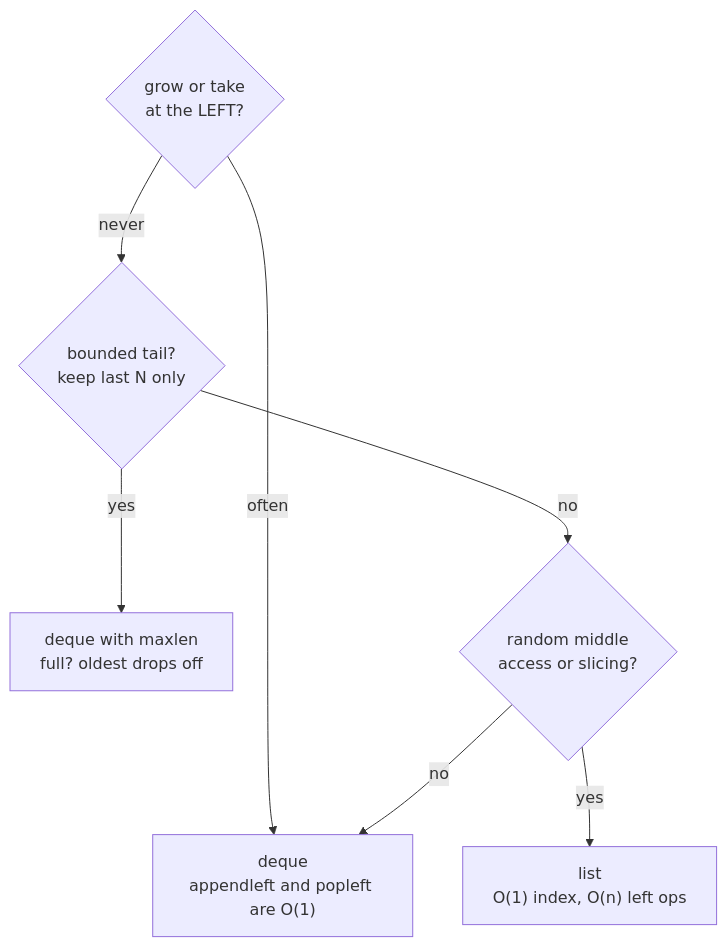
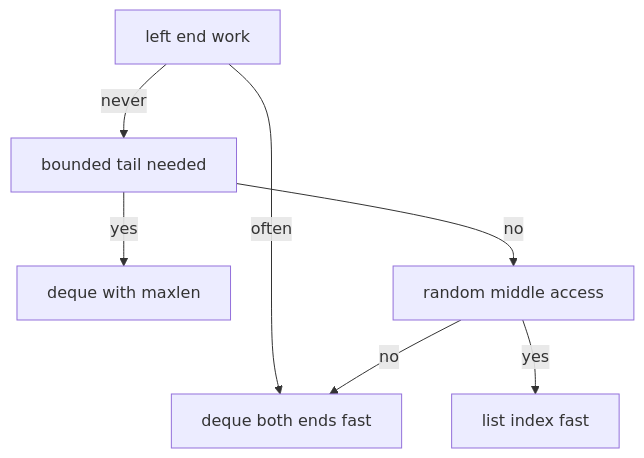
The fourth of 4 diagrams in docs/learning/13-collections.md (AslamNazeerShaikh/Python-Material), drawn with Mermaid before and after one commit. The commit also changed other lines of this file and 16 other files, not shown here.

Commit message:
docs(learning): rebuild all mermaid in safe subset

````diff
--- a/docs/learning/13-collections.md
+++ b/docs/learning/13-collections.md
@@ -521,15 +528,15 @@
 ```mermaid
 flowchart TD
-    Q1{"grow or take<br/>at the LEFT?"}
-    DQT["deque<br/>appendleft and popleft are O(1)"]
-    Q2{"bounded tail?<br/>keep last N only"}
-    MAXDQ["deque with maxlen<br/>full? oldest drops off"]
-    Q3{"random middle<br/>access or slicing?"}
-    LST["list<br/>O(1) index, O(n) left ops"]
-    Q1 -->|"often"| DQT
-    Q1 -->|"never"| Q2
-    Q2 -->|"yes"| MAXDQ
-    Q2 -->|"no"| Q3
-    Q3 -->|"yes"| LST
-    Q3 -->|"no"| DQT
+    Q1[left end work]
+    DQT[deque both ends fast]
+    Q2[bounded tail needed]
+    MAXDQ[deque with maxlen]
+    Q3[random middle access]
+    LST[list index fast]
+    Q1 -->|often| DQT
+    Q1 -->|never| Q2
+    Q2 -->|yes| MAXDQ
+    Q2 -->|no| Q3
+    Q3 -->|yes| LST
+    Q3 -->|no| DQT
 ```
````
